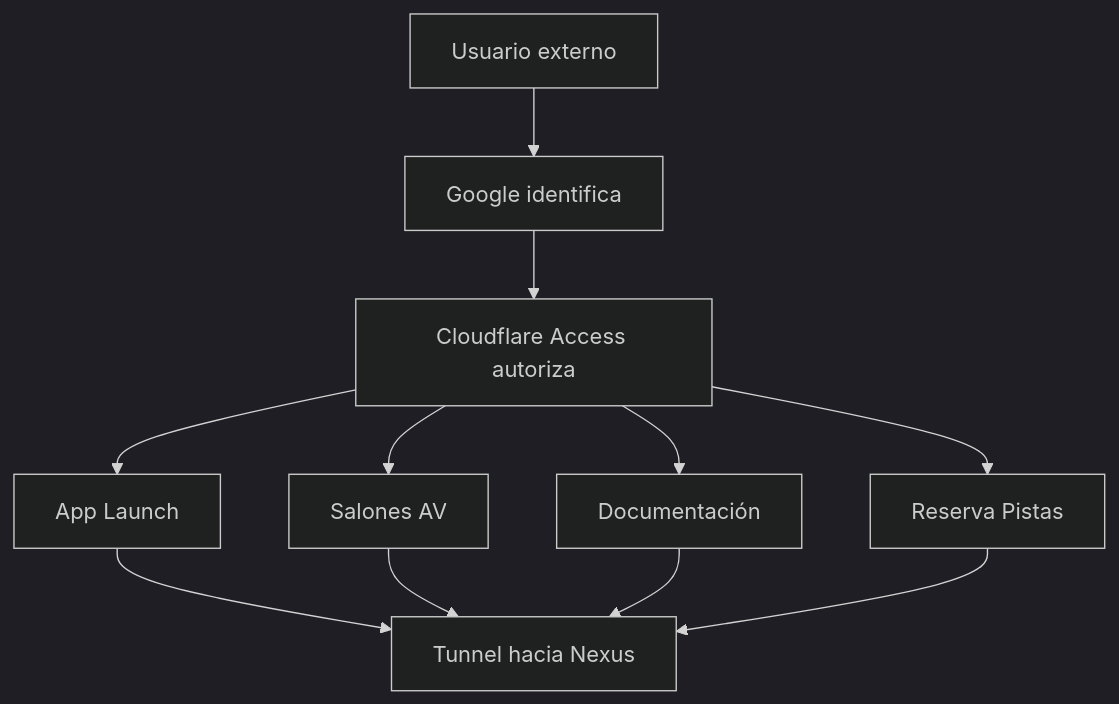
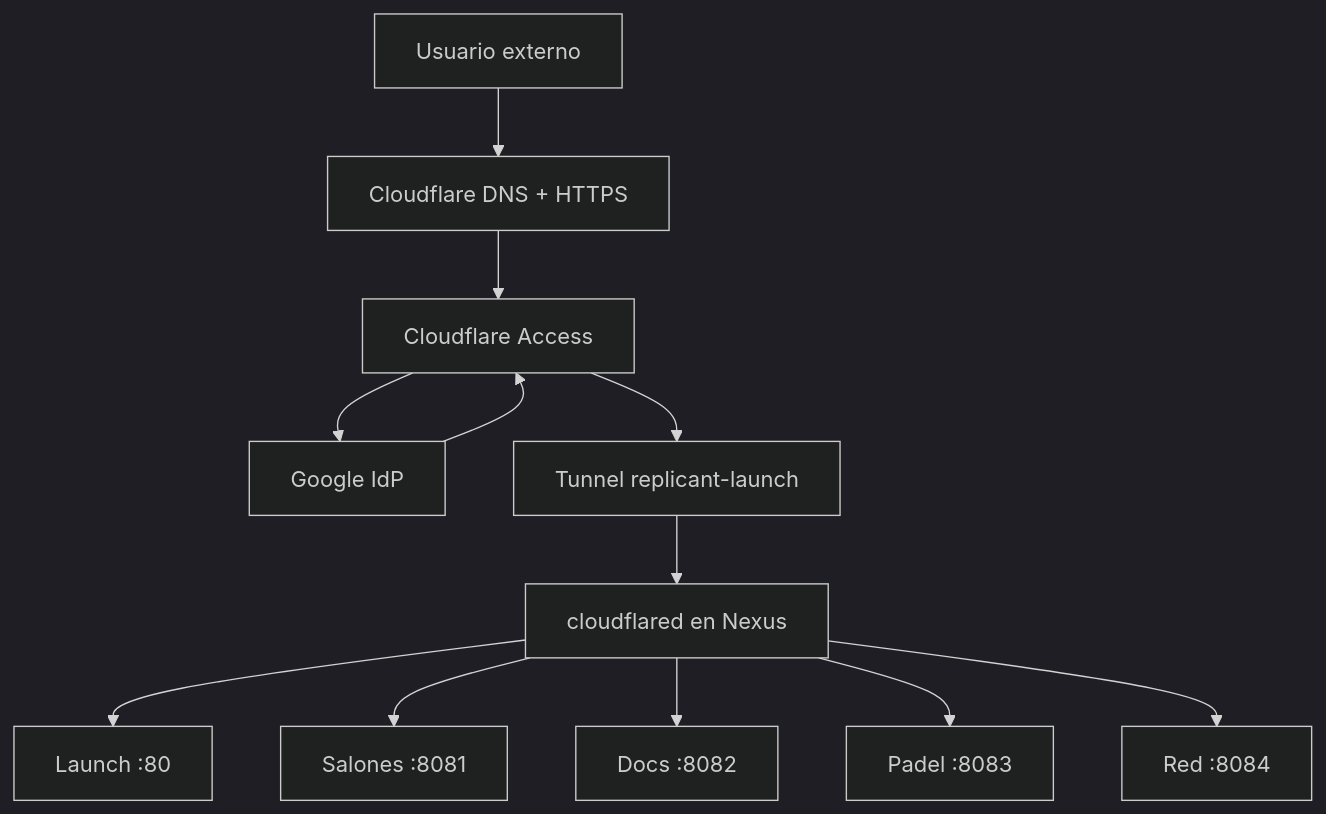
One commit to ratienza/infra-replicant-lab changed the second of 3 diagrams in docs/red/cloudflare-tunnel.md. Above: the diagram before and after it, drawn with Mermaid (dark theme). The commit also changed other lines of this file and 33 other files, not shown here.

First line of the commit message:
docs: close RL-CF-002 Cloudflare Access rollout (#39)

````diff
--- a/docs/red/cloudflare-tunnel.md
+++ b/docs/red/cloudflare-tunnel.md
@@ -184,15 +181,14 @@
 ```mermaid
 flowchart TD
-    U["Usuario externo"] --> G["Google identifica"]
-    G --> A["Cloudflare Access autoriza"]
-
-    A --> L["App Launch"]
-    A --> S["Salones AV"]
-    A --> D["Documentación"]
-    A --> R["Reserva Pistas"]
-
-    L --> T["Tunnel hacia Nexus"]
-    S --> T
-    D --> T
-    R --> T
+    U["Usuario externo"] --> C["Cloudflare DNS + HTTPS"]
+    C --> A["Cloudflare Access"]
+    A --> G["Google IdP"]
+    G --> A
+    A --> T["Tunnel replicant-launch"]
+    T --> F["cloudflared en Nexus"]
+    F --> L["Launch :80"]
+    F --> S["Salones :8081"]
+    F --> D["Docs :8082"]
+    F --> P["Padel :8083"]
+    F --> R["Red :8084"]
 ```
````
